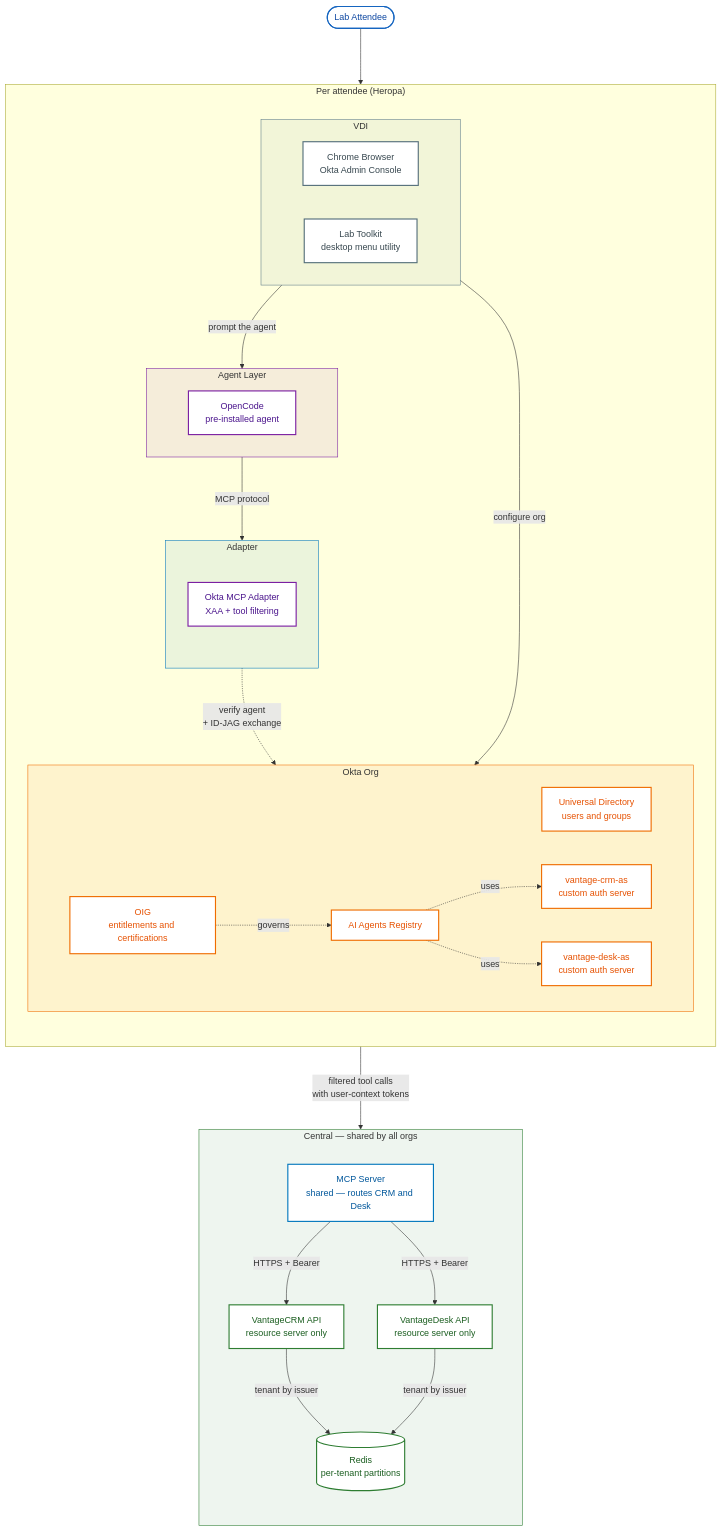
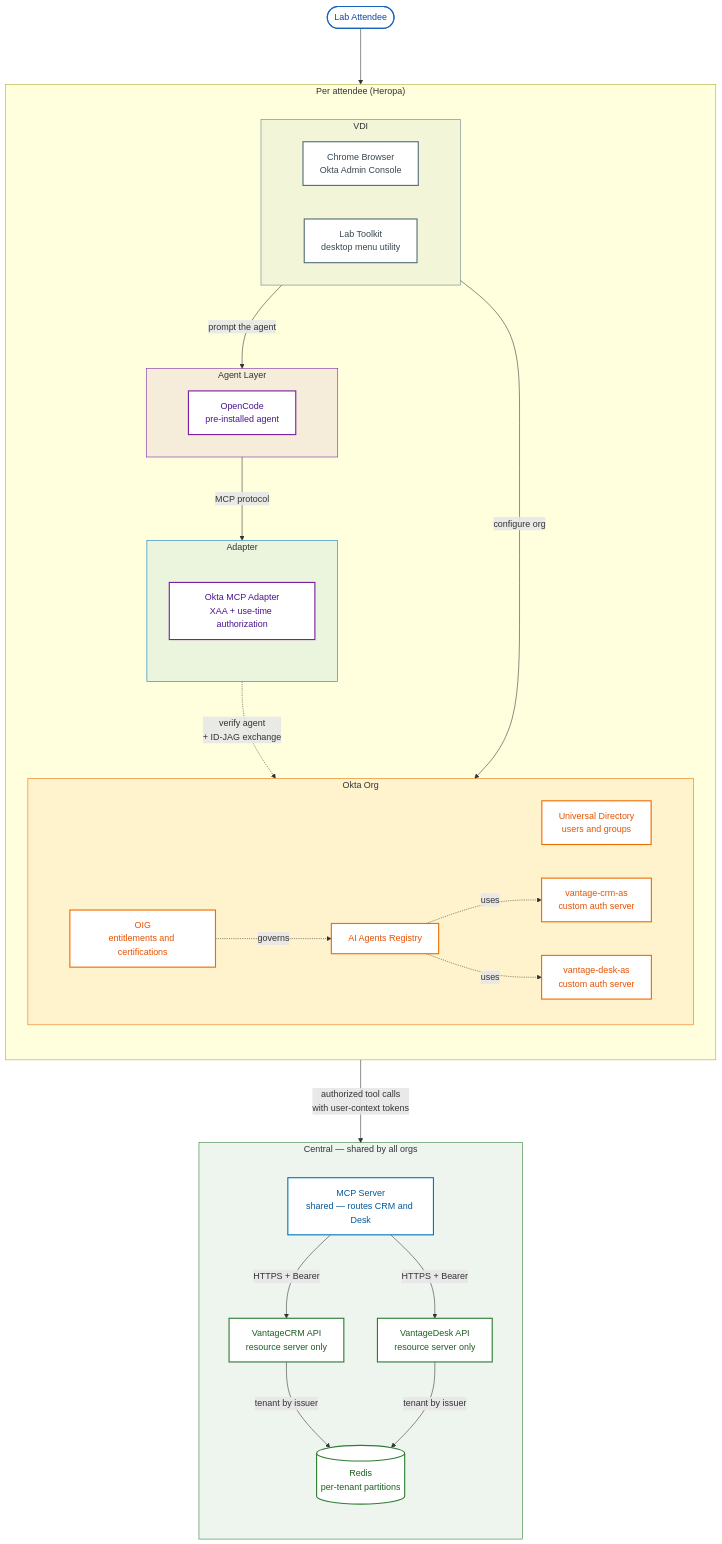
The diagram in reference/architecture-diagram-source.md (joevanhorn/04aa-tech-camp), drawn with Mermaid before and after one commit. The commit also changed 7 other files, not shown here.

First line of the commit message:
docs: reframe to "everyone sees the catalog, Okta governs use" (per shipping adapter)

````diff
--- a/reference/architecture-diagram-source.md
+++ b/reference/architecture-diagram-source.md
@@ -21,78 +21,78 @@
 ```mermaid
 %%{init: {'flowchart': {'nodeSpacing': 60, 'rankSpacing': 100, 'curve': 'basis'}}}%%
 flowchart TB
     User([Lab Attendee])
 
     subgraph Heropa["Per attendee (Heropa)"]
         direction TB
 
         subgraph VDI["VDI"]
             direction LR
             Browser[Chrome Browser<br>Okta Admin Console]
             Toolkit[Lab Toolkit<br>desktop menu utility]
         end
 
         subgraph AgentLayer["Agent Layer"]
             direction LR
             OpenCode[OpenCode<br>pre-installed agent]
         end
 
         subgraph Edge["Adapter"]
             direction TB
-            Adapter[Okta MCP Adapter<br>XAA + tool filtering]
+            Adapter[Okta MCP Adapter<br>XAA + use-time authorization]
         end
 
         subgraph Okta["Okta Org"]
             direction LR
             UD[Universal Directory<br>users and groups]
             AIRegistry[AI Agents Registry]
             CRMAS[vantage-crm-as<br>custom auth server]
             DeskAS[vantage-desk-as<br>custom auth server]
             OIG[OIG<br>entitlements and certifications]
         end
     end
 
     subgraph Central["Central — shared by all orgs"]
         direction TB
         MCP[MCP Server<br>shared — routes CRM and Desk]
         CRM[VantageCRM API<br>resource server only]
         Desk[VantageDesk API<br>resource server only]
         Redis[(Redis<br>per-tenant partitions)]
     end
 
     User --> Browser
     Browser -->|configure org| Okta
     Browser -->|prompt the agent| AgentLayer
 
     AgentLayer -->|MCP protocol| Adapter
     Adapter -.verify agent<br>+ ID-JAG exchange.-> AIRegistry
-    Adapter -->|filtered tool calls<br>with user-context tokens| MCP
+    Adapter -->|authorized tool calls<br>with user-context tokens| MCP
     MCP -->|HTTPS + Bearer| CRM
     MCP -->|HTTPS + Bearer| Desk
     CRM -->|tenant by issuer| Redis
     Desk -->|tenant by issuer| Redis
 
     OIG -.governs.-> AIRegistry
     AIRegistry -.uses.-> CRMAS
     AIRegistry -.uses.-> DeskAS
 
     classDef trigger fill:#ffffff,stroke:#1565c0,stroke-width:2px,color:#0d47a1
     classDef infra fill:#ffffff,stroke:#546e7a,stroke-width:2px,color:#37474f
     classDef oktaCore fill:#ffffff,stroke:#ef6c00,stroke-width:2px,color:#e65100
     classDef workflow fill:#ffffff,stroke:#7b1fa2,stroke-width:2px,color:#4a148c
     classDef action fill:#ffffff,stroke:#0277bd,stroke-width:2px,color:#01579b
     classDef governance fill:#ffffff,stroke:#2e7d32,stroke-width:2px,color:#1b5e20
 
     class User trigger
     class Browser,Toolkit infra
     class OpenCode,Adapter workflow
     class MCP action
     class CRM,Desk,Redis governance
     class UD,AIRegistry,CRMAS,DeskAS,OIG oktaCore
 
     style VDI fill:#607d8b14,stroke:#607d8b,stroke-width:1px
     style AgentLayer fill:#7b1fa214,stroke:#7b1fa2,stroke-width:1px
     style Edge fill:#0277bd14,stroke:#0277bd,stroke-width:1px
     style Okta fill:#ef6c0014,stroke:#ef6c00,stroke-width:1px
     style Central fill:#2e7d3214,stroke:#2e7d32,stroke-width:1px
 ```
````
